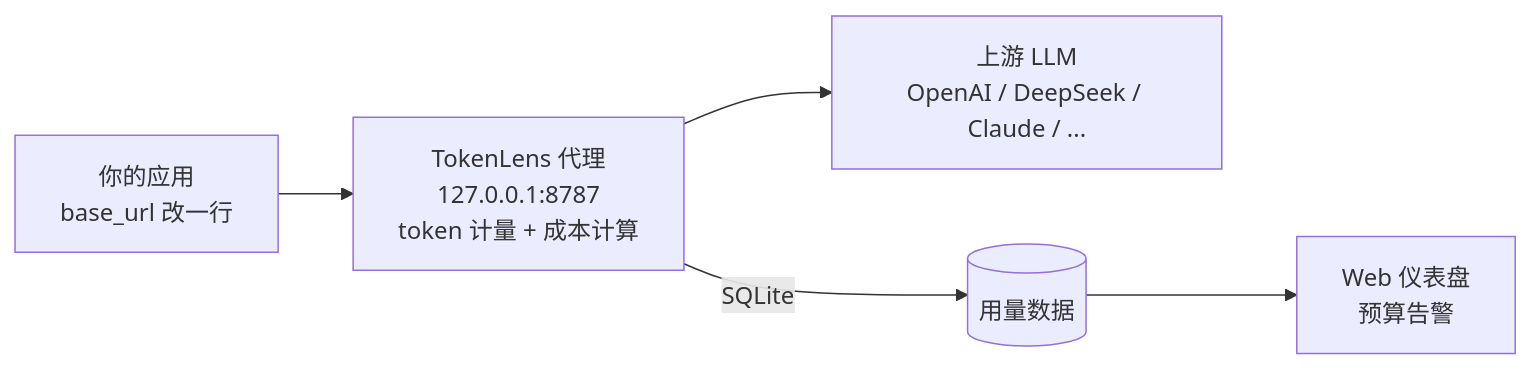
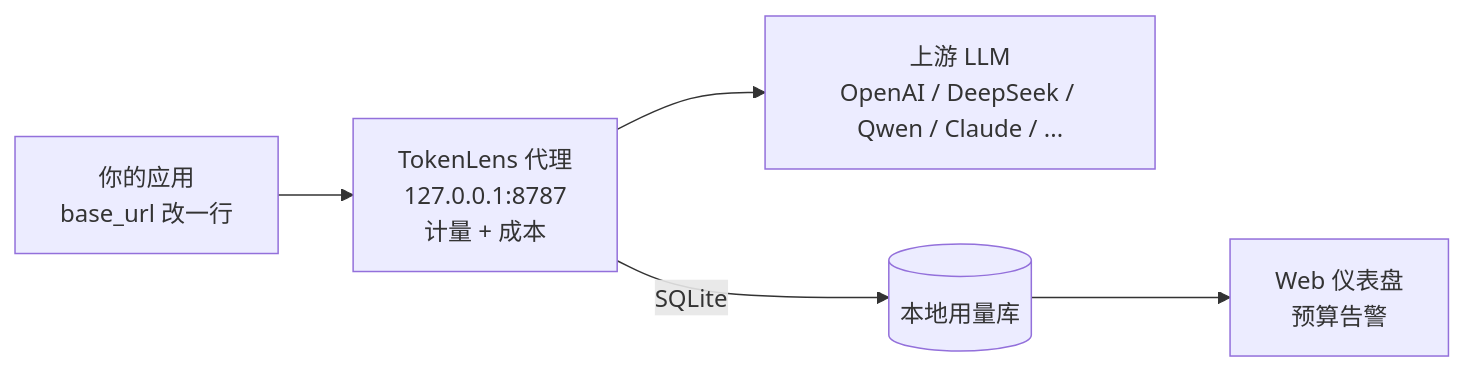
The diagram in README.md (Morningstar202604/tokenlens), drawn with Mermaid before and after one commit. The commit also changed other lines of this file and 4 other files, not shown here.

Commit message:
docs(cli): P4 — README 重写为工具文档、CLI 增 alerts 命令与空状态提示、删除 Android 计划与过时截图

````diff
--- a/README.md
+++ b/README.md
@@ -20,10 +24,7 @@
 ```mermaid
 graph LR
-    Client["你的应用<br/>base_url 改一行"]
-    Proxy["TokenLens 代理<br/>127.0.0.1:8787<br/>token 计量 + 成本计算"]
-    Upstream["上游 LLM<br/>OpenAI / DeepSeek / Claude / ..."]
-    Proxy --> Upstream
-    Client --> Proxy
-    Proxy -->|"SQLite"| DB[(用量数据)]
+    Client["你的应用<br/>base_url 改一行"] --> Proxy["TokenLens 代理<br/>127.0.0.1:8787<br/>计量 + 成本"]
+    Proxy --> Upstream["上游 LLM<br/>OpenAI / DeepSeek / Qwen / Claude / ..."]
+    Proxy -->|"SQLite"| DB[(本地用量库)]
     DB --> Dash["Web 仪表盘<br/>预算告警"]
 ```
````
